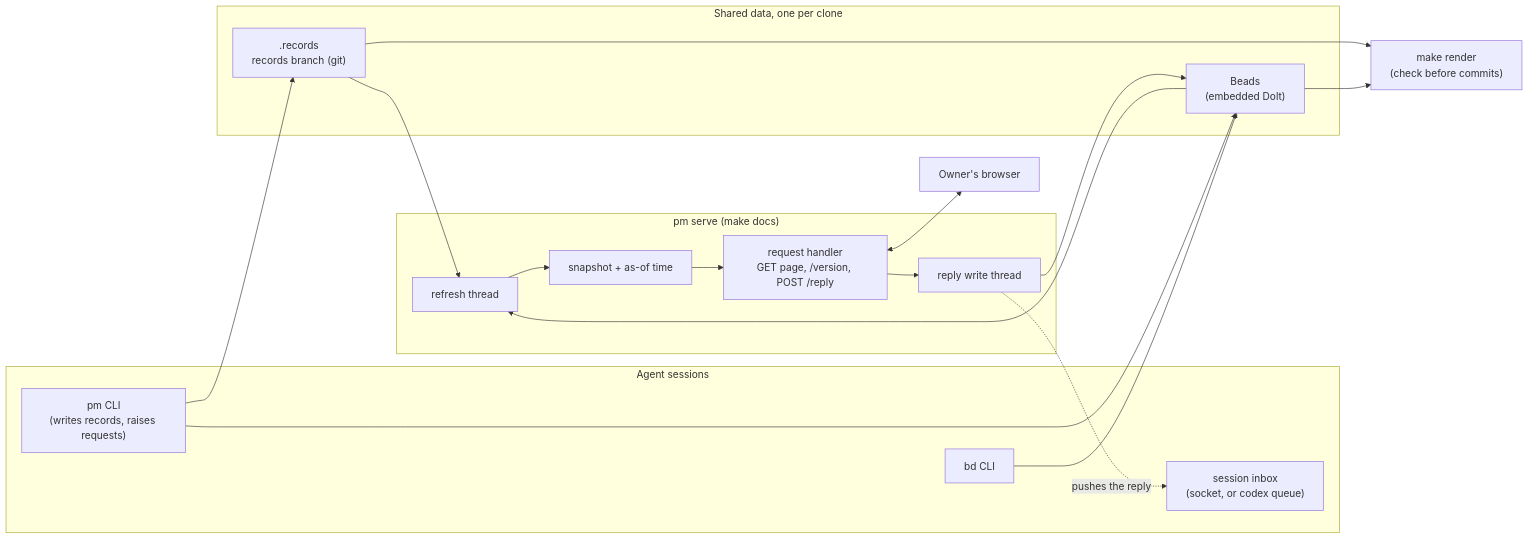
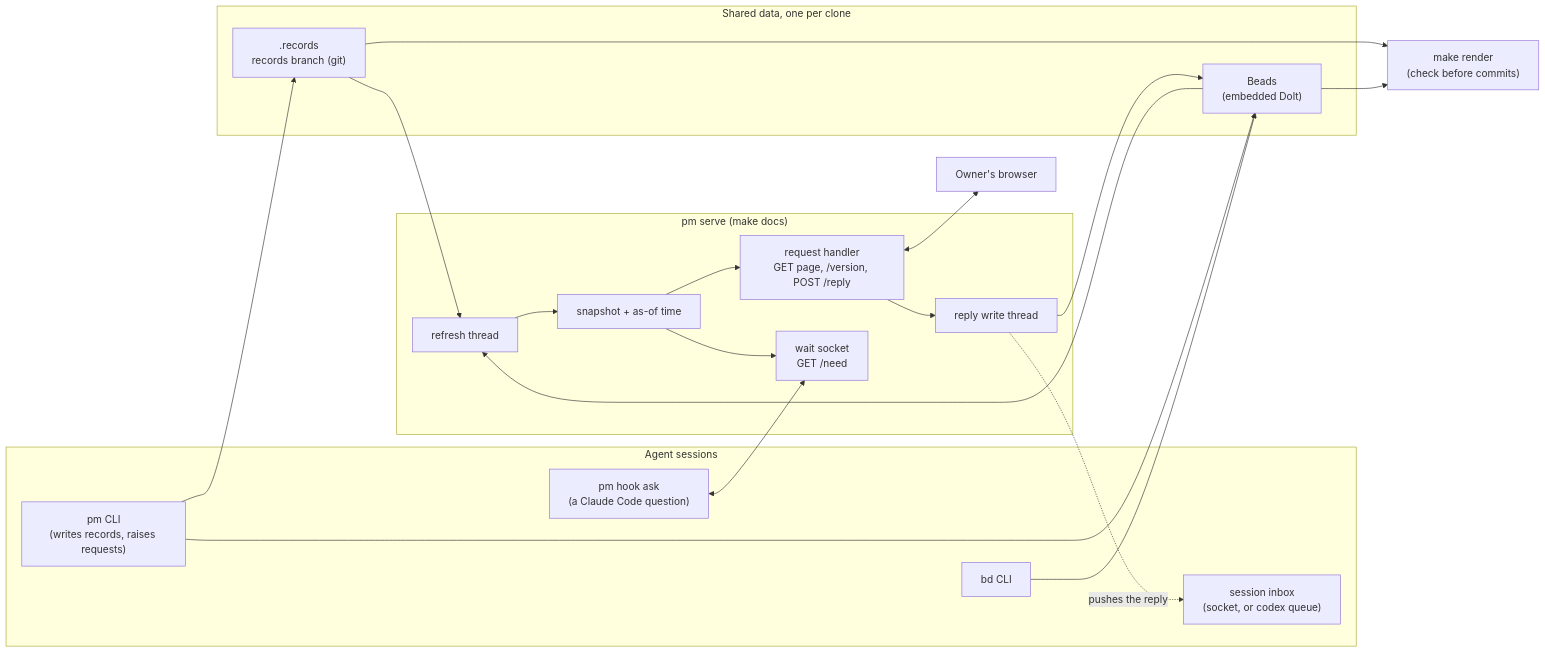
The first of 6 diagrams in design/views-and-site.md (Yeeef/pm), drawn with Mermaid before and after one commit. The commit also changed other lines of this file and 8 other files, not shown here.

Commit message:
Design pages: ask-tool questions close from hook events; the service's wait socket; no rollout read for a Codex chat answer (sprint 118)

````diff
--- a/design/views-and-site.md
+++ b/design/views-and-site.md
@@ -71,32 +71,36 @@
 ```mermaid
 flowchart LR
   subgraph agents["Agent sessions"]
     pmcli["pm CLI<br/>(writes records, raises requests)"]
     bdcli["bd CLI"]
     inbox["session inbox<br/>(socket, or codex queue)"]
+    askhook["pm hook ask<br/>(a Claude Code question)"]
   end
   subgraph data["Shared data, one per clone"]
     store[".records<br/>records branch (git)"]
     dolt["Beads<br/>(embedded Dolt)"]
   end
   subgraph server["pm serve (make docs)"]
     refresh["refresh thread"]
     snap["snapshot + as-of time"]
     handler["request handler<br/>GET page, /version, POST /reply"]
     writer["reply write thread"]
+    waits["wait socket<br/>GET /need"]
   end
   browser["Owner's browser"]
   pmcli --> store
   pmcli --> dolt
   bdcli --> dolt
   store --> refresh
   dolt --> refresh
   refresh --> snap
   snap --> handler
   handler <--> browser
   handler --> writer
   writer --> dolt
   writer -. "pushes the reply" .-> inbox
+  snap --> waits
+  askhook <--> waits
   store --> render["make render<br/>(check before commits)"]
   dolt --> render
 ```
````
